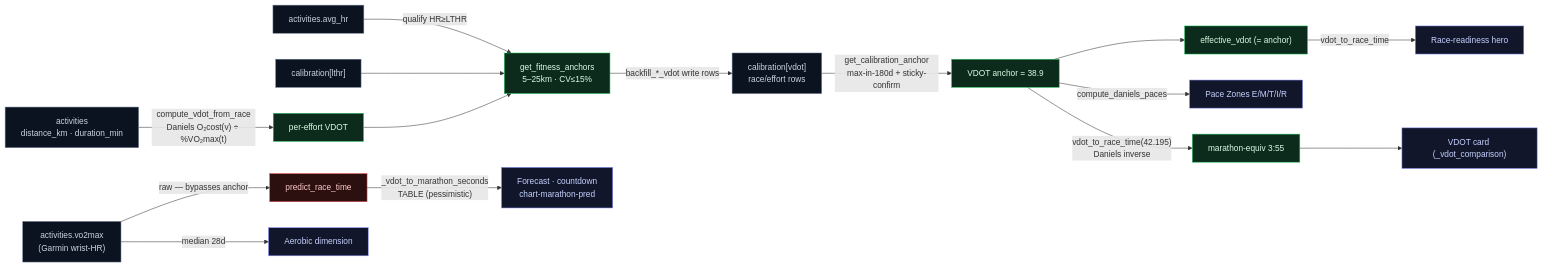
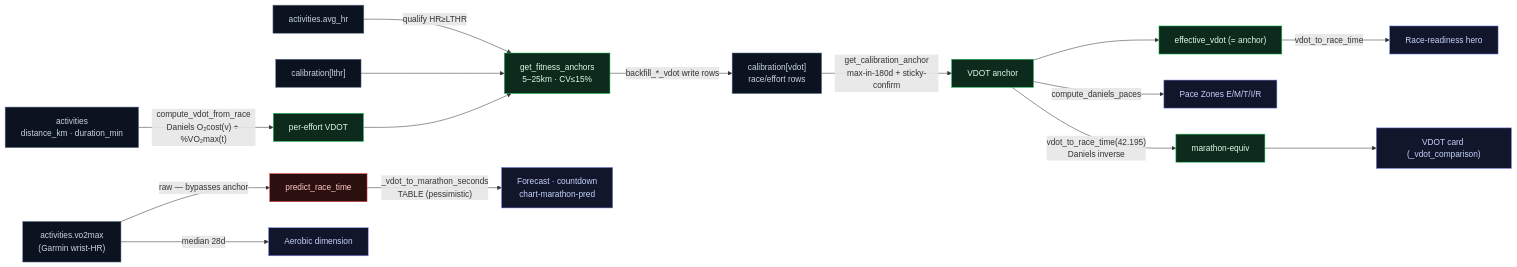
The second of 6 diagrams in DATA_LINEAGE.md (BigCrunsh/fit), drawn with Mermaid before and after one commit. The commit also changed 8 other files, not shown here.

````diff
--- a/DATA_LINEAGE.md
+++ b/DATA_LINEAGE.md
@@ -101,25 +101,25 @@
 ```mermaid
 flowchart LR
   classDef src fill:#0b1220,stroke:#64748b,color:#cbd5e1
   classDef fn fill:#0c2b1c,stroke:#22c55e,color:#dcfce7
   classDef dup fill:#2c1010,stroke:#ef4444,color:#fecaca
   classDef out fill:#11162a,stroke:#818cf8,color:#c7d2fe
   RT["activities<br/>distance_km · duration_min"]:::src
   HR["activities.avg_hr"]:::src
   LT["calibration[lthr]"]:::src
   VO2["activities.vo2max<br/>(Garmin wrist-HR)"]:::src
   RT -->|"compute_vdot_from_race<br/>Daniels O₂cost(v) ÷ %VO₂max(t)"| PV["per-effort VDOT"]:::fn
   HR -->|"qualify HR≥LTHR"| GFA["get_fitness_anchors<br/>5–25km · CV≤15%"]:::fn
   LT --> GFA
   PV --> GFA
   GFA -->|"backfill_*_vdot write rows"| CV["calibration[vdot]<br/>race/effort rows"]:::src
-  CV -->|"get_calibration_anchor<br/>max-in-180d + sticky-confirm"| AN["VDOT anchor = 38.9"]:::fn
+  CV -->|"get_calibration_anchor<br/>max-in-180d + sticky-confirm"| AN["VDOT anchor"]:::fn
   AN --> EF["effective_vdot (= anchor)"]:::fn
   AN -->|"compute_daniels_paces"| PZ["Pace Zones E/M/T/I/R"]:::out
-  AN -->|"vdot_to_race_time(42.195)<br/>Daniels inverse"| ME["marathon-equiv 3:55"]:::fn
+  AN -->|"vdot_to_race_time(42.195)<br/>Daniels inverse"| ME["marathon-equiv"]:::fn
   ME --> VC["VDOT card (_vdot_comparison)"]:::out
   EF -->|"vdot_to_race_time"| RH["Race-readiness hero"]:::out
   VO2 -->|"raw — bypasses anchor"| PR["predict_race_time"]:::dup
   PR -->|"_vdot_to_marathon_seconds<br/>TABLE (pessimistic)"| FC["Forecast · countdown<br/>chart-marathon-pred"]:::out
   VO2 -->|"median 28d"| AE["Aerobic dimension"]:::out
 ```
````
